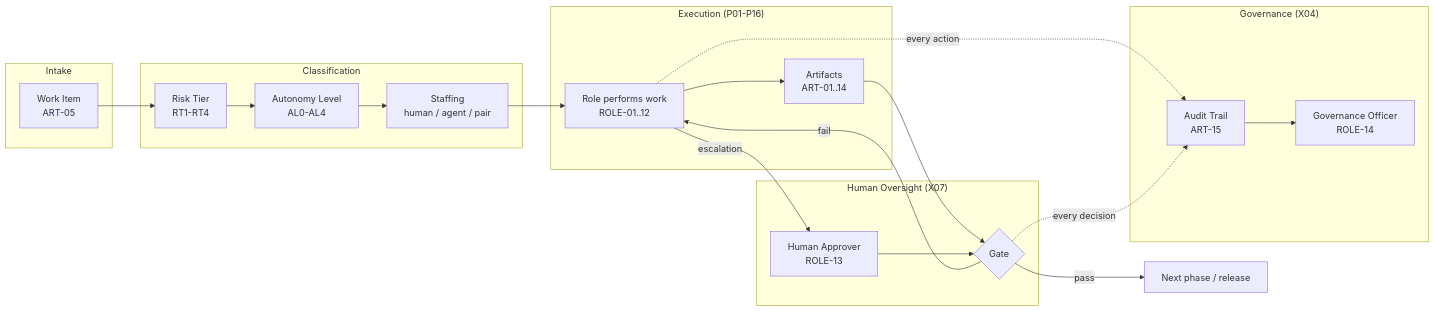
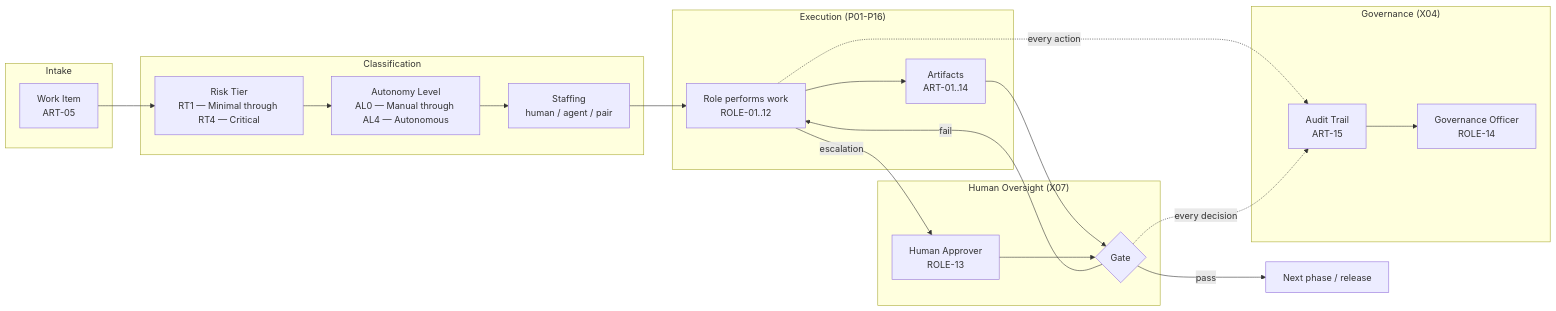
Before and after one commit to umairali7/ai-engineering-standards: the diagram in AEOS/README.md, drawn with Mermaid. The commit also changed other lines of this file and 135 other files, not shown here.

````diff
--- a/AEOS/README.md
+++ b/AEOS/README.md
@@ -23,33 +23,33 @@
 ```mermaid
 flowchart LR
     subgraph Intake
         WI[Work Item<br/>ART-05]
     end
     subgraph Classification
-        RT[Risk Tier<br/>RT1-RT4]
-        AL[Autonomy Level<br/>AL0-AL4]
+        RT[Risk Tier<br/>RT1 — Minimal through RT4 — Critical]
+        AL[Autonomy Level<br/>AL0 — Manual through AL4 — Autonomous]
         ST[Staffing<br/>human / agent / pair]
     end
     subgraph Execution["Execution (P01-P16)"]
         R[Role performs work<br/>ROLE-01..12]
         A[Artifacts<br/>ART-01..14]
     end
     subgraph Oversight["Human Oversight (X07)"]
         G{Gate}
         HA[Human Approver<br/>ROLE-13]
     end
     subgraph Governance["Governance (X04)"]
         AT[Audit Trail<br/>ART-15]
         GO[Governance Officer<br/>ROLE-14]
     end
 
     WI --> RT --> AL --> ST --> R
     R --> A --> G
     HA --> G
     G -- pass --> Next[Next phase / release]
     G -- fail --> R
     R -- escalation --> HA
     R -. every action .-> AT
     G -. every decision .-> AT
     AT --> GO
 ```
````
